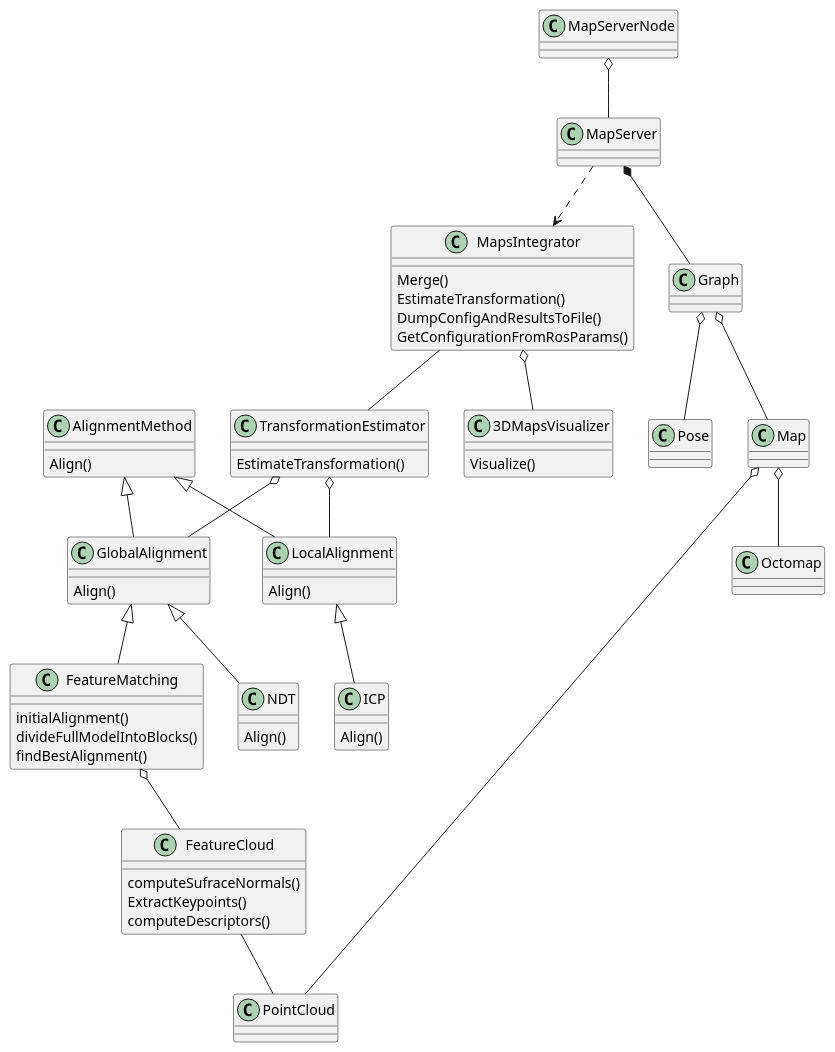
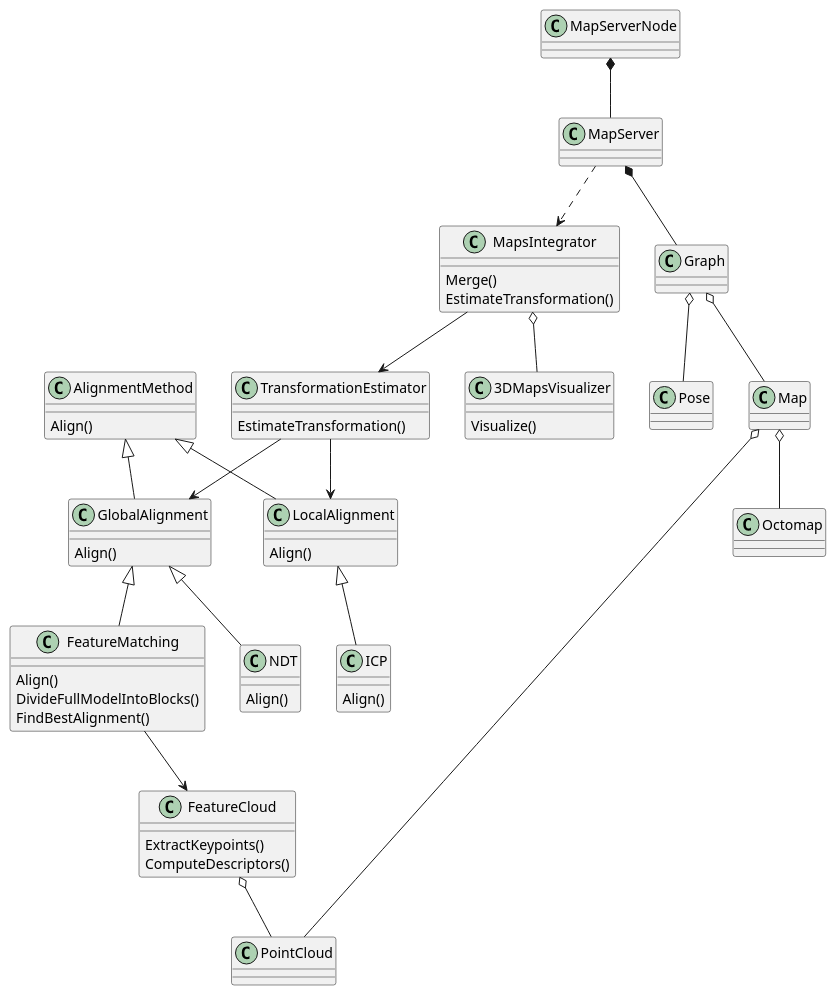
Before and after one commit to mdrwiega/3d_map_server: the diagram in design/class_diagram.puml, drawn with PlantUML. The commit also changed 2 other files, not shown here.

```diff
--- a/design/class_diagram.puml
+++ b/design/class_diagram.puml
@@ -1,86 +1,77 @@
 @startuml
 
 class FeatureCloud {
-  computeSufraceNormals()
   ExtractKeypoints()
-  computeDescriptors()
+  ComputeDescriptors()
 }
 
 class FeatureMatching {
-  initialAlignment()
-  divideFullModelIntoBlocks()
-  findBestAlignment()
+  Align()
+  DivideFullModelIntoBlocks()
+  FindBestAlignment()
 }
 
 class ICP {
   Align()
 }
 
 class NDT {
   Align()
 }
 
 class AlignmentMethod {
   Align()
 }
 
 class GlobalAlignment {
   Align()
 }
 
 class LocalAlignment {
   Align()
 }
 
 class TransformationEstimator {
   EstimateTransformation()
 }
 
 class MapsIntegrator {
   Merge()
   EstimateTransformation()
-  DumpConfigAndResultsToFile()
-  GetConfigurationFromRosParams()
 }
 
 class 3DMapsVisualizer {
 	Visualize()
-	' VisualizeICP()
-	' VisualizeFeatureMatching()
-	' VisualizeFeatureMatchingWithDividedModel()
-	' VisualizeClouds()
 }
 
 ' Connections
 
-MapServerNode o-- MapServer
+MapServerNode *-- MapServer
 
 MapServer -.> MapsIntegrator
 MapServer *-- Graph
 
 Graph o-- Pose
 Graph o-- Map
 
-MapsIntegrator -- TransformationEstimator
+MapsIntegrator --> TransformationEstimator
 MapsIntegrator o-- 3DMapsVisualizer
 
-TransformationEstimator o-- GlobalAlignment
-TransformationEstimator o-- LocalAlignment
+TransformationEstimator --> GlobalAlignment
+TransformationEstimator --> LocalAlignment
 
 AlignmentMethod <|-- GlobalAlignment
 AlignmentMethod <|-- LocalAlignment
 
 LocalAlignment <|-- ICP
 
 GlobalAlignment <|-- FeatureMatching
 GlobalAlignment <|-- NDT
 
-FeatureMatching o-- FeatureCloud
-FeatureCloud -- PointCloud
-
-
+FeatureMatching --> FeatureCloud
+FeatureCloud o-- PointCloud
 
 Map o-- Octomap
 Map o-- PointCloud
 
 @enduml
```
